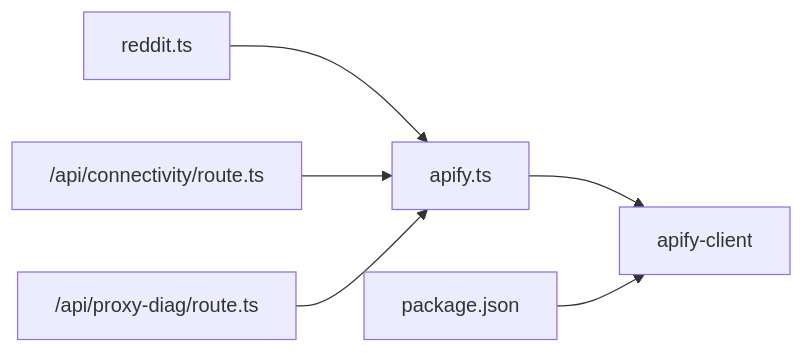
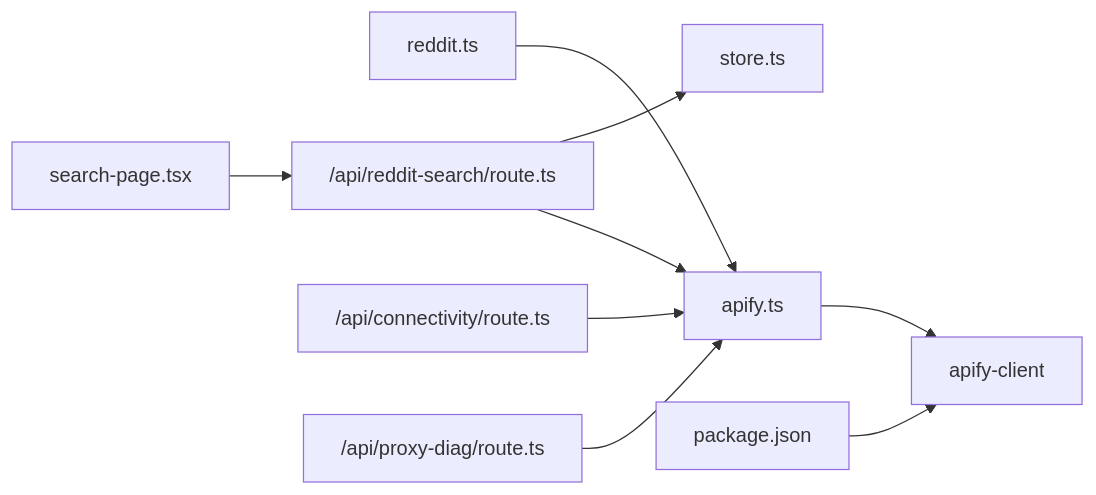
The ninth of 9 diagrams in .qoder/repowiki/zh/content/核心模块/数据采集模块.md (zezzezzez/reddit), drawn with Mermaid before and after one commit. The commit also changed other lines of this file and 21 other files, not shown here.

````diff
--- a/.qoder/repowiki/zh/content/核心模块/数据采集模块.md
+++ b/.qoder/repowiki/zh/content/核心模块/数据采集模块.md
@@ -320,8 +550,11 @@
 ```mermaid
 graph LR
 A["apify.ts"] --> B["apify-client"]
 C["reddit.ts"] --> A
-D["/api/connectivity/route.ts"] --> A
-E["/api/proxy-diag/route.ts"] --> A
-F["package.json"] --> B
+D["/api/reddit-search/route.ts"] --> A
+D --> E["store.ts"]
+F["/api/connectivity/route.ts"] --> A
+G["/api/proxy-diag/route.ts"] --> A
+H["search-page.tsx"] --> D
+I["package.json"] --> B
 ```
````
